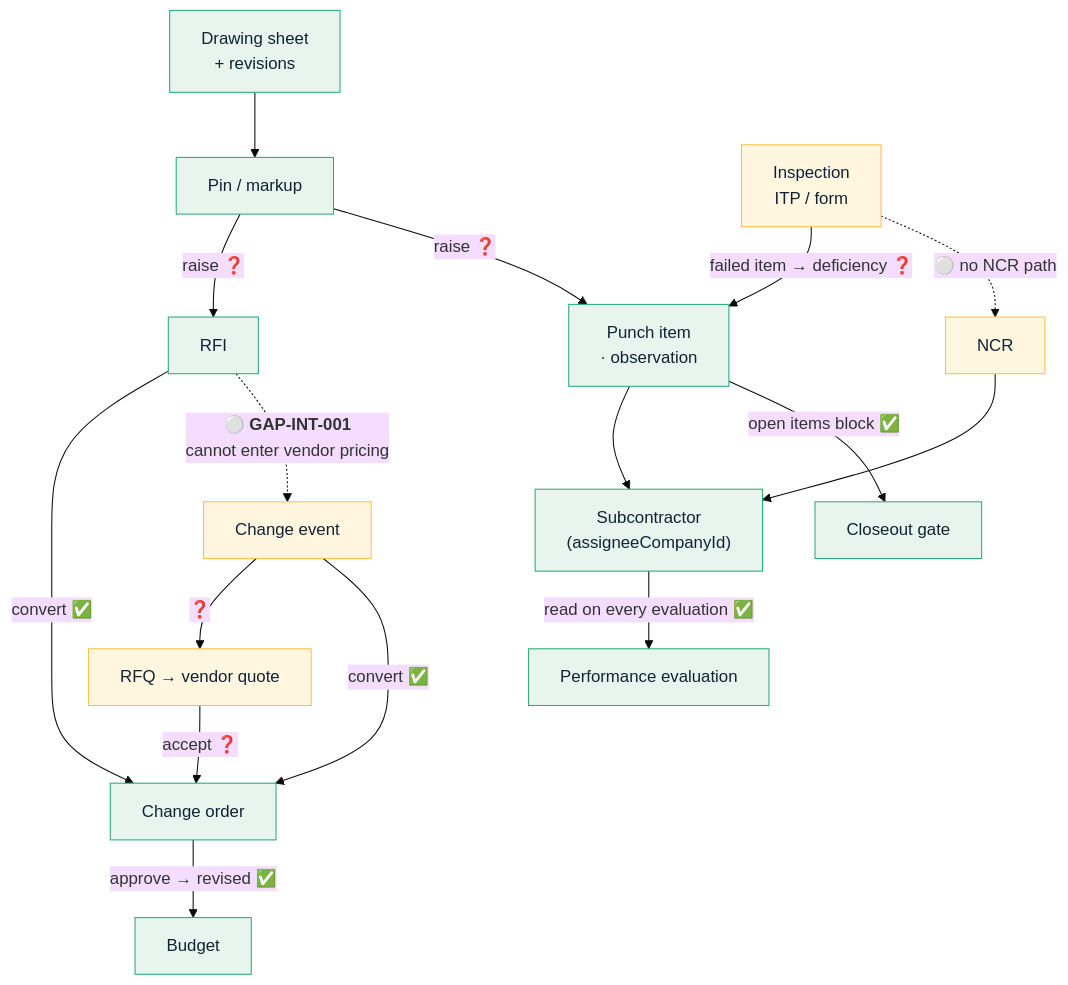
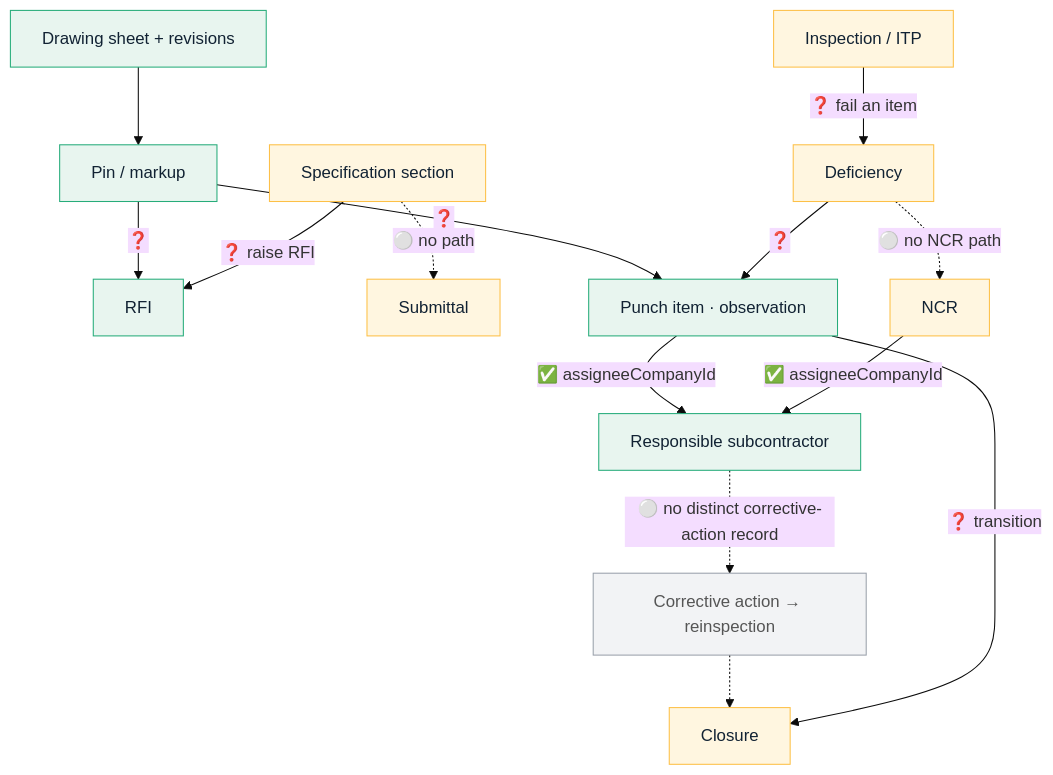
One commit to mahmoud63/octapm changed the fifth of 5 diagrams in docs/qa/OCTAPM_SYSTEM_NERVOUS_SYSTEM.md. Above: the diagram before and after it, drawn with Mermaid (base theme). The commit also changed other lines of this file and 3 other files, not shown here.

````diff
--- a/docs/qa/OCTAPM_SYSTEM_NERVOUS_SYSTEM.md
+++ b/docs/qa/OCTAPM_SYSTEM_NERVOUS_SYSTEM.md
@@ -180,37 +333,33 @@
 ```mermaid
 flowchart TB
     classDef ok fill:#e8f5ef,stroke:#26AC7A,color:#123
     classDef part fill:#fff6e0,stroke:#FDC047,color:#123
-    classDef gone fill:#f0f1f3,stroke:#9aa1ab,color:#555,stroke-dasharray:4 3
+    classDef gone fill:#f2f3f5,stroke:#9aa1ab,color:#555
 
-    SHEET["Drawing sheet<br/>+ revisions"]:::ok
+    SHEET["Drawing sheet + revisions"]:::ok
     PIN["Pin / markup"]:::ok
+    SPEC["Specification section"]:::part
     RFI["RFI"]:::ok
-    CO["Change order"]:::ok
-    CE["Change event"]:::part
-    RFQ["RFQ → vendor quote"]:::part
-    BUD["Budget"]:::ok
-    INSP["Inspection<br/>ITP / form"]:::part
-    PUNCH["Punch item<br/>· observation"]:::ok
+    SUBM["Submittal"]:::part
+    INSP["Inspection / ITP"]:::part
+    DEF["Deficiency"]:::part
+    PUNCH["Punch item · observation"]:::ok
     NCR["NCR"]:::part
-    SUBC["Subcontractor<br/>(assigneeCompanyId)"]:::ok
-    EVAL["Performance evaluation"]:::ok
-    CLOSE["Closeout gate"]:::ok
+    SUBCO["Responsible subcontractor"]:::ok
+    CORR["Corrective action → reinspection"]:::gone
+    CLOSE["Closure"]:::part
 
     SHEET --> PIN
-    PIN -->|"raise ❓"| RFI
-    PIN -->|"raise ❓"| PUNCH
-    INSP -->|"failed item → deficiency ❓"| PUNCH
-    INSP -.->|"⚪ no NCR path"| NCR
-    PUNCH --> SUBC
-    NCR --> SUBC
-    SUBC -->|"read on every evaluation ✅"| EVAL
-    PUNCH -->|"open items block ✅"| CLOSE
-
-    RFI -->|"convert ✅"| CO
-    RFI -.->|"<b>⚪ GAP-INT-001</b><br/>cannot enter vendor pricing"| CE
-    CE -->|"❓"| RFQ
-    RFQ -->|"accept ❓"| CO
-    CE -->|"convert ✅"| CO
-    CO -->|"approve → revised ✅"| BUD
+    PIN -->|"❓"| RFI
+    PIN -->|"❓"| PUNCH
+    SPEC -->|"❓ raise RFI"| RFI
+    SPEC -.->|"⚪ no path"| SUBM
+    INSP -->|"❓ fail an item"| DEF
+    DEF -->|"❓"| PUNCH
+    DEF -.->|"⚪ no NCR path"| NCR
+    PUNCH -->|"✅ assigneeCompanyId"| SUBCO
+    NCR -->|"✅ assigneeCompanyId"| SUBCO
+    SUBCO -.->|"⚪ no distinct corrective-action record"| CORR
+    CORR -.-> CLOSE
+    PUNCH -->|"❓ transition"| CLOSE
 ```
````
